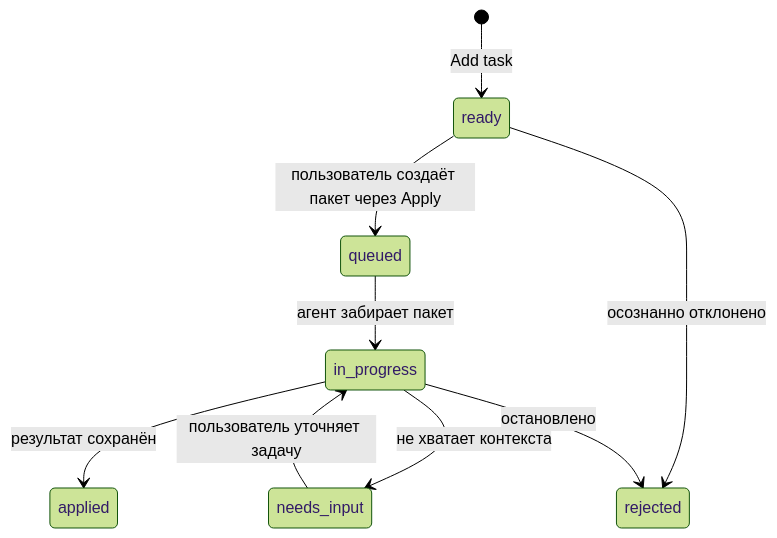
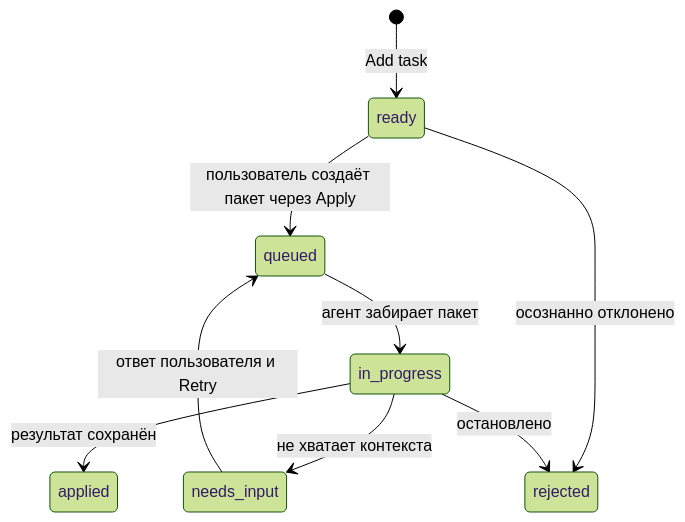
One commit to PRODactionPRO/visual-intent changed the first of 2 diagrams in docs/PROTOCOL.md. Above: the diagram before and after it, drawn with Mermaid (forest theme). The commit also changed other lines of this file and 63 other files, not shown here.

````diff
--- a/docs/PROTOCOL.md
+++ b/docs/PROTOCOL.md
@@ -135,11 +144,11 @@
 ```mermaid
 stateDiagram-v2
   [*] --> ready: Add task
   ready --> queued: пользователь создаёт пакет через Apply
   queued --> in_progress: агент забирает пакет
   in_progress --> needs_input: не хватает контекста
-  needs_input --> in_progress: пользователь уточняет задачу
+  needs_input --> queued: ответ пользователя и Retry
   in_progress --> applied: результат сохранён
   ready --> rejected: осознанно отклонено
   in_progress --> rejected: остановлено
 ```
````
